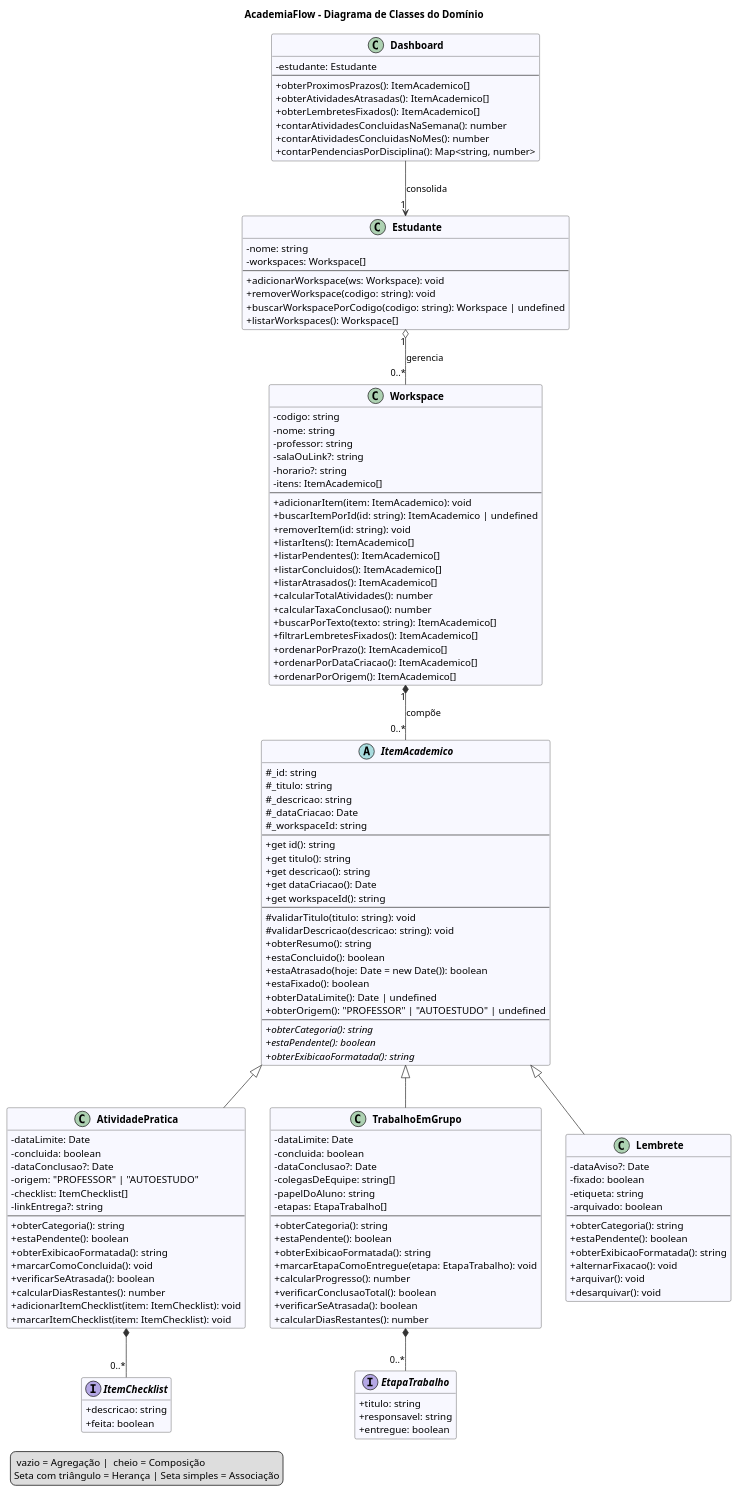
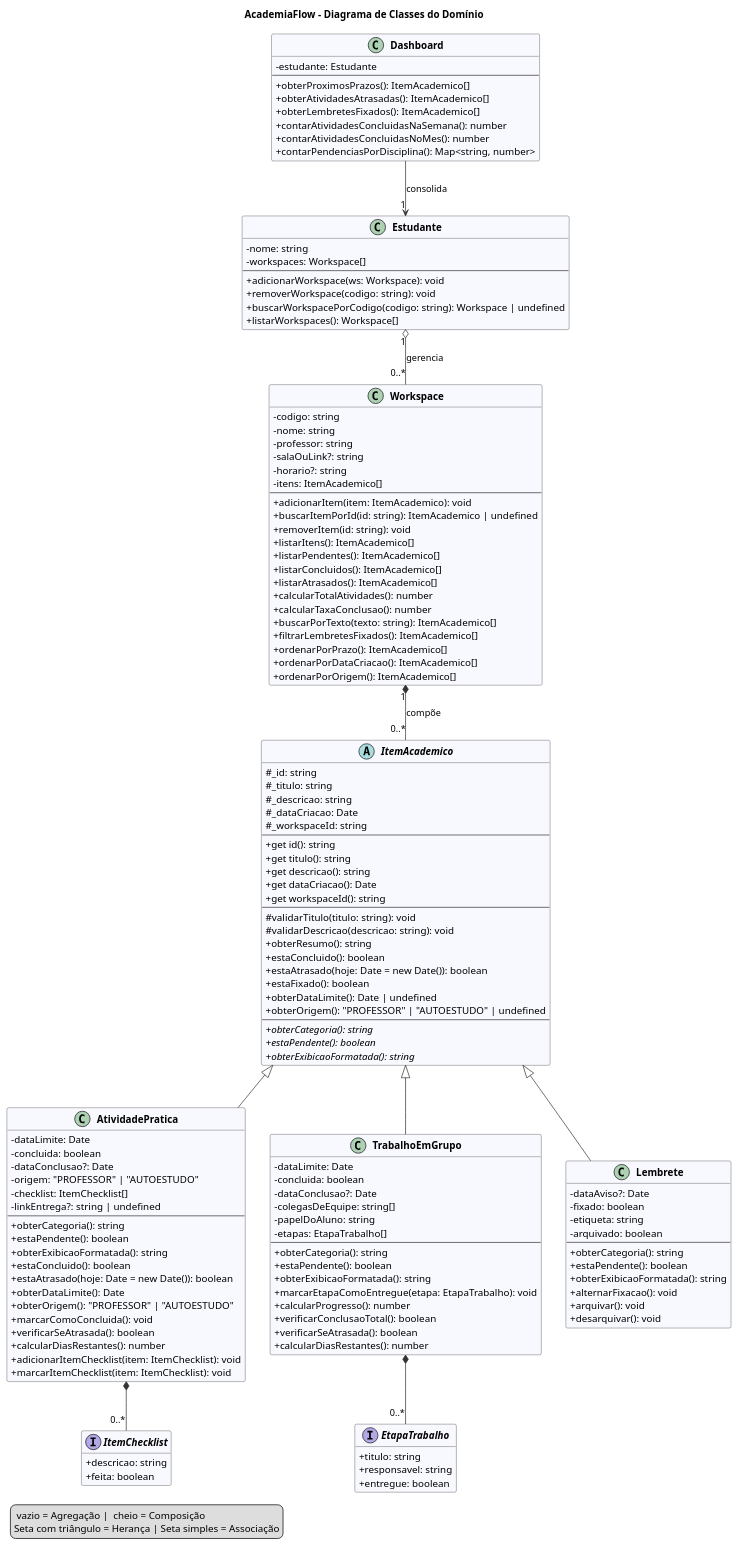
Before and after one commit to ElryanGomes/OrganizadorAcademico: the diagram in docs/diagrama.puml, drawn with PlantUML. The commit also changed 2 other files, not shown here.

```diff
--- a/docs/diagrama.puml
+++ b/docs/diagrama.puml
@@ -1,164 +1,168 @@
 @startuml
 title AcademiaFlow - Diagrama de Classes do Domínio
 
 skinparam classAttributeIconSize 0
 skinparam shadowing false
 skinparam classFontStyle bold
 skinparam ArrowColor #333333
 skinparam class {
   BackgroundColor #F8F8FF
   BorderColor #333333
 }
 hide empty members
 
 class Estudante {
   - nome: string
   - workspaces: Workspace[]
   --
   + adicionarWorkspace(ws: Workspace): void
   + removerWorkspace(codigo: string): void
   + buscarWorkspacePorCodigo(codigo: string): Workspace | undefined
   + listarWorkspaces(): Workspace[]
 }
 
 class Workspace {
   - codigo: string
   - nome: string
   - professor: string
   - salaOuLink?: string
   - horario?: string
   - itens: ItemAcademico[]
   --
   + adicionarItem(item: ItemAcademico): void
   + buscarItemPorId(id: string): ItemAcademico | undefined
   + removerItem(id: string): void
   + listarItens(): ItemAcademico[]
   + listarPendentes(): ItemAcademico[]
   + listarConcluidos(): ItemAcademico[]
   + listarAtrasados(): ItemAcademico[]
   + calcularTotalAtividades(): number
   + calcularTaxaConclusao(): number
   + buscarPorTexto(texto: string): ItemAcademico[]
   + filtrarLembretesFixados(): ItemAcademico[]
   + ordenarPorPrazo(): ItemAcademico[]
   + ordenarPorDataCriacao(): ItemAcademico[]
   + ordenarPorOrigem(): ItemAcademico[]
 }
 
 abstract class ItemAcademico {
   # _id: string
   # _titulo: string
   # _descricao: string
   # _dataCriacao: Date
   # _workspaceId: string
   --
   + get id(): string
   + get titulo(): string
   + get descricao(): string
   + get dataCriacao(): Date
   + get workspaceId(): string
   --
   # validarTitulo(titulo: string): void
   # validarDescricao(descricao: string): void
   + obterResumo(): string
   + estaConcluido(): boolean
   + estaAtrasado(hoje: Date = new Date()): boolean
   + estaFixado(): boolean
   + obterDataLimite(): Date | undefined
   + obterOrigem(): "PROFESSOR" | "AUTOESTUDO" | undefined
   --
   + {abstract} obterCategoria(): string
   + {abstract} estaPendente(): boolean
   + {abstract} obterExibicaoFormatada(): string
 }
 
 class AtividadePratica {
   - dataLimite: Date
   - concluida: boolean
   - dataConclusao?: Date
   - origem: "PROFESSOR" | "AUTOESTUDO"
   - checklist: ItemChecklist[]
-  - linkEntrega?: string
+  - linkEntrega?: string | undefined
   --
   + obterCategoria(): string
   + estaPendente(): boolean
   + obterExibicaoFormatada(): string
+  + estaConcluido(): boolean
+  + estaAtrasado(hoje: Date = new Date()): boolean
+  + obterDataLimite(): Date
+  + obterOrigem(): "PROFESSOR" | "AUTOESTUDO"
   + marcarComoConcluida(): void
   + verificarSeAtrasada(): boolean
   + calcularDiasRestantes(): number
   + adicionarItemChecklist(item: ItemChecklist): void
   + marcarItemChecklist(item: ItemChecklist): void
 }
 
 class TrabalhoEmGrupo {
   - dataLimite: Date
   - concluida: boolean
   - dataConclusao?: Date
   - colegasDeEquipe: string[]
   - papelDoAluno: string
   - etapas: EtapaTrabalho[]
   --
   + obterCategoria(): string
   + estaPendente(): boolean
   + obterExibicaoFormatada(): string
   + marcarEtapaComoEntregue(etapa: EtapaTrabalho): void
   + calcularProgresso(): number
   + verificarConclusaoTotal(): boolean
   + verificarSeAtrasada(): boolean
   + calcularDiasRestantes(): number
 }
 
 class Lembrete {
   - dataAviso?: Date
   - fixado: boolean
   - etiqueta: string
   - arquivado: boolean
   --
   + obterCategoria(): string
   + estaPendente(): boolean
   + obterExibicaoFormatada(): string
   + alternarFixacao(): void
   + arquivar(): void
   + desarquivar(): void
 }
 
 interface ItemChecklist {
   + descricao: string
   + feita: boolean
 }
 
 interface EtapaTrabalho {
   + titulo: string
   + responsavel: string
   + entregue: boolean
 }
 
 class Dashboard {
   - estudante: Estudante
   --
   + obterProximosPrazos(): ItemAcademico[]
   + obterAtividadesAtrasadas(): ItemAcademico[]
   + obterLembretesFixados(): ItemAcademico[]
   + contarAtividadesConcluidasNaSemana(): number
   + contarAtividadesConcluidasNoMes(): number
   + contarPendenciasPorDisciplina(): Map<string, number>
 }
 
 ' Relacionamentos
 Estudante "1" o-- "0..*" Workspace : gerencia
 Workspace "1" *-- "0..*" ItemAcademico : compõe
 
 ItemAcademico <|-- AtividadePratica
 ItemAcademico <|-- TrabalhoEmGrupo
 ItemAcademico <|-- Lembrete
 
 AtividadePratica *-- "0..*" ItemChecklist
 TrabalhoEmGrupo *-- "0..*" EtapaTrabalho
 
 Dashboard --> "1" Estudante : consolida
 
 legend bottom left
   <&diamond> vazio = Agregação | <&diamond> cheio = Composição
   Seta com triângulo = Herança | Seta simples = Associação
 endlegend
 @enduml
```
